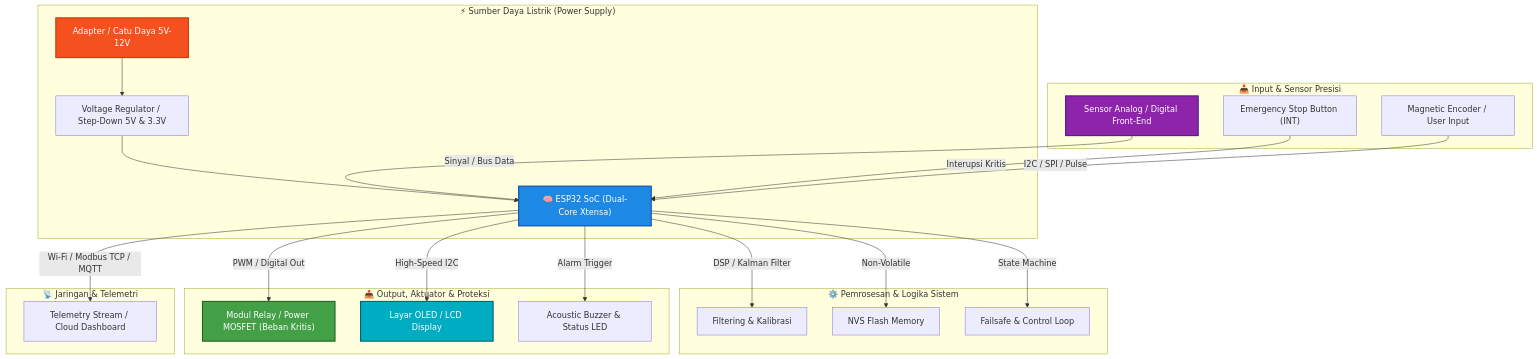
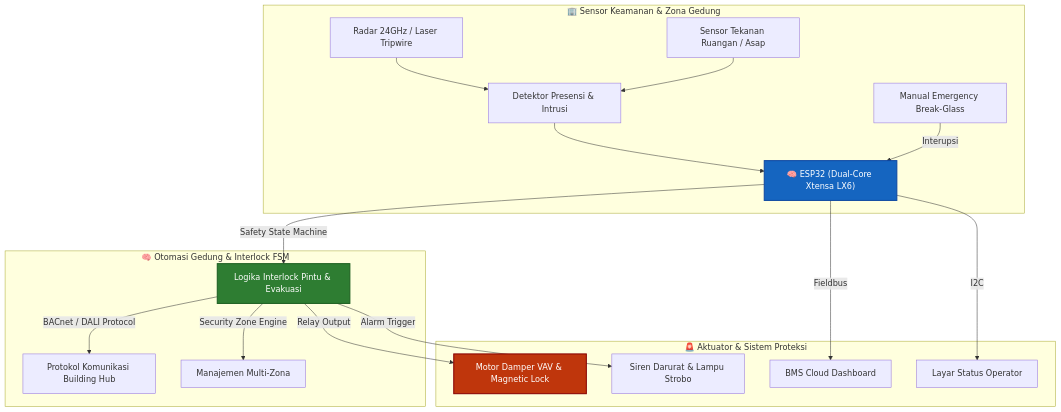
Before and after one commit to muhammadfikri-dev/esp32-cleanroom-airlock-interlock: the diagram in README.md, drawn with Mermaid. The commit also changed other lines of this file, not shown here.

Commit message:
docs: update unique domain-specific Mermaid architecture & tailored BOM for Smart Building & Security

````diff
--- a/README.md
+++ b/README.md
@@ -17,35 +17,26 @@
 ```mermaid
 graph TD
-    subgraph Power_Supply ["⚡ Sumber Daya Listrik (Power Supply)"]
-        PSU["Adapter / Catu Daya 5V-12V"] --> REG["Voltage Regulator / Step-Down 5V & 3.3V"]
-        REG --> MCU["🧠 ESP32 SoC (Dual-Core Xtensa)"]
+    subgraph Building_Field ["🏢 Sensor Keamanan & Zona Gedung"]
+        RADAR["Radar 24GHz / Laser Tripwire"] --> SENS_IN["Detektor Presensi & Intrusi"]
+        PRESSURE["Sensor Tekanan Ruangan / Asap"] --> SENS_IN
+        SENS_IN --> MCU["🧠 ESP32 (Dual-Core Xtensa LX6)"]
+        ESTOP["Manual Emergency Break-Glass"] -->|"Interupsi"| MCU
     end
 
-    subgraph Inputs_Sensors ["📥 Input & Sensor Presisi"]
-        SENS["Sensor Analog / Digital Front-End"] -->|"Sinyal / Bus Data"| MCU
-        ESTOP["Emergency Stop Button (INT)"] -->|"Interupsi Kritis"| MCU
-        ENC["Magnetic Encoder / User Input"] -->|"I2C / SPI / Pulse"| MCU
+    subgraph BMS_Automation ["🧠 Otomasi Gedung & Interlock FSM"]
+        MCU -->|"Safety State Machine"| FSM["Logika Interlock Pintu & Evakuasi"]
+        FSM -->|"BACnet / DALI Protocol"| PROTO["Protokol Komunikasi Building Hub"]
+        FSM -->|"Security Zone Engine"| SEC["Manajemen Multi-Zona"]
     end
 
-    subgraph Controller_Core ["⚙️ Pemrosesan & Logika Sistem"]
-        MCU -->|"DSP / Kalman Filter"| DSP["Filtering & Kalibrasi"]
-        MCU -->|"Non-Volatile"| NVS["NVS Flash Memory"]
-        MCU -->|"State Machine"| FSM["Failsafe & Control Loop"]
+    subgraph Actuation_Safety ["🚨 Aktuator & Sistem Proteksi"]
+        FSM -->|"Relay Output"| DAMPER["Motor Damper VAV & Magnetic Lock"]
+        FSM -->|"Alarm Trigger"| SIREN["Siren Darurat & Lampu Strobo"]
+        MCU -->|"Fieldbus"| SCADA_HUB["BMS Cloud Dashboard"]
+        MCU -->|"I2C"| DISP["Layar Status Operator"]
     end
 
-    subgraph Outputs_Actuators ["📤 Output, Aktuator & Proteksi"]
-        MCU -->|"PWM / Digital Out"| RELAY["Modul Relay / Power MOSFET (Beban Kritis)"]
-        MCU -->|"High-Speed I2C"| DISP["Layar OLED / LCD Display"]
-        MCU -->|"Alarm Trigger"| BUZZ["Acoustic Buzzer & Status LED"]
-    end
-
-    subgraph Communication_Telemetry ["📡 Jaringan & Telemetri"]
-        MCU -->|"Wi-Fi / Modbus TCP / MQTT"| TELEM["Telemetry Stream / Cloud Dashboard"]
-    end
-
-    style MCU fill:#1e88e5,stroke:#0d47a1,stroke-width:2px,color:#ffffff
-    style PSU fill:#f4511e,stroke:#bf360c,stroke-width:2px,color:#ffffff
-    style RELAY fill:#43a047,stroke:#1b5e20,stroke-width:2px,color:#ffffff
-    style SENS fill:#8e24aa,stroke:#4a148c,stroke-width:2px,color:#ffffff
-    style DISP fill:#00acc1,stroke:#006064,stroke-width:2px,color:#ffffff
+    style MCU fill:#1565c0,stroke:#0d47a1,stroke-width:2px,color:#fff
+    style FSM fill:#2e7d32,stroke:#1b5e20,stroke-width:2px,color:#fff
+    style DAMPER fill:#bf360c,stroke:#870000,stroke-width:2px,color:#fff
 ```
````
